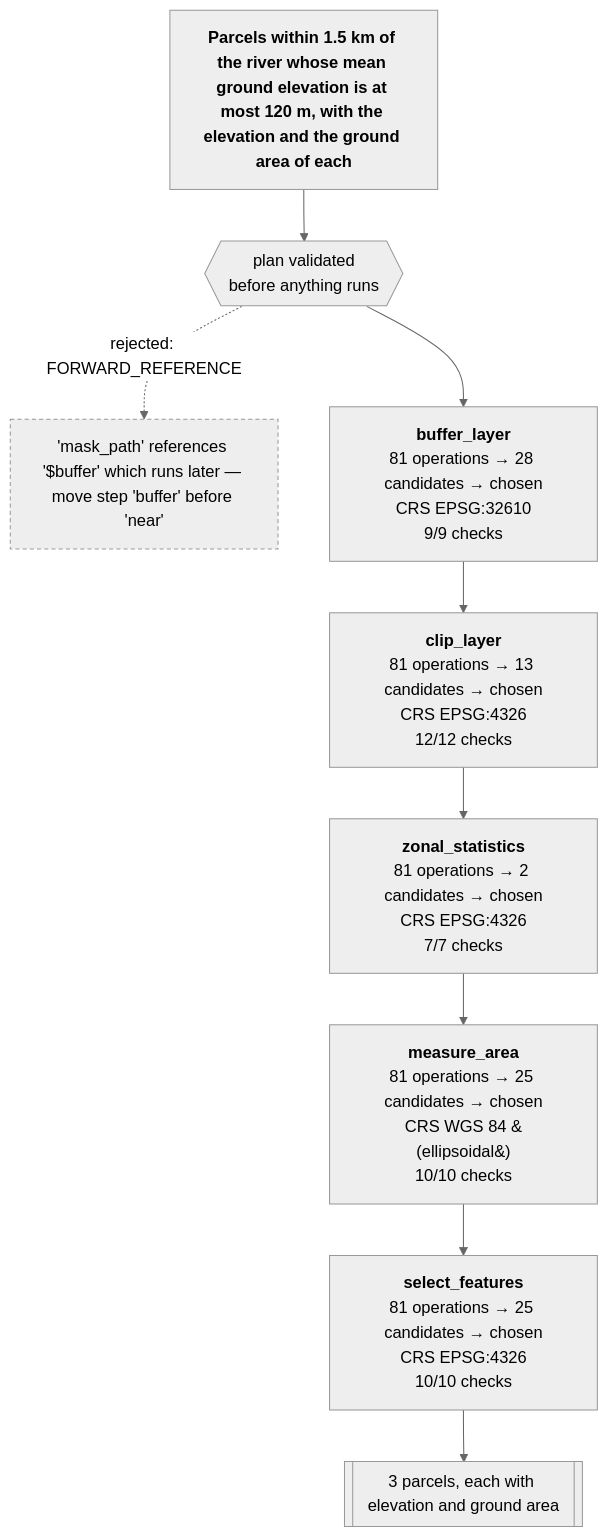
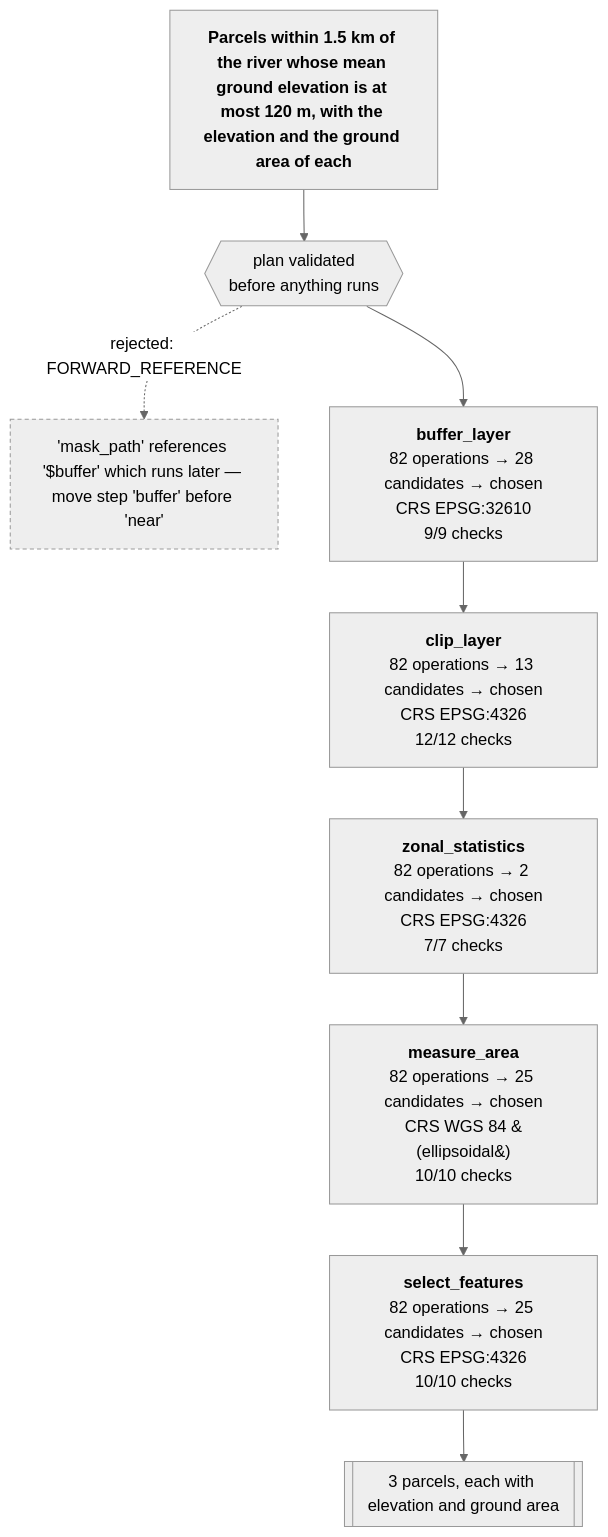
One commit to mapsmith-ai/MapSmith changed the diagram in README.md. Above: the diagram before and after it, drawn with Mermaid (neutral theme). The commit also changed other lines of this file and 4 other files, not shown here.

````diff
--- a/README.md
+++ b/README.md
@@ -89,20 +89,20 @@
 ```mermaid
 flowchart TB
   ASK["<b>Parcels within 1.5 km of the river whose mean ground elevation is at most 120 m, with the elevation and the ground area of each</b>"]
   ASK --> PLAN{{"plan validated<br/>before anything runs"}}
   PLAN -. "rejected: FORWARD_REFERENCE" .-> BAD["'mask_path' references '$buffer' which runs later — move step 'buffer' before 'near'"]
   BAD:::bad
-  BUFFER["<b>buffer_layer</b><br/>81 operations &rarr; 28 candidates &rarr; chosen<br/>CRS EPSG:32610<br/>9/9 checks"]
+  BUFFER["<b>buffer_layer</b><br/>82 operations &rarr; 28 candidates &rarr; chosen<br/>CRS EPSG:32610<br/>9/9 checks"]
   PLAN --> BUFFER
-  NEAR["<b>clip_layer</b><br/>81 operations &rarr; 13 candidates &rarr; chosen<br/>CRS EPSG:4326<br/>12/12 checks"]
+  NEAR["<b>clip_layer</b><br/>82 operations &rarr; 13 candidates &rarr; chosen<br/>CRS EPSG:4326<br/>12/12 checks"]
   BUFFER --> NEAR
-  HEIGHT["<b>zonal_statistics</b><br/>81 operations &rarr; 2 candidates &rarr; chosen<br/>CRS EPSG:4326<br/>7/7 checks"]
+  HEIGHT["<b>zonal_statistics</b><br/>82 operations &rarr; 2 candidates &rarr; chosen<br/>CRS EPSG:4326<br/>7/7 checks"]
   NEAR --> HEIGHT
-  AREA["<b>measure_area</b><br/>81 operations &rarr; 25 candidates &rarr; chosen<br/>CRS WGS 84 &#40;ellipsoidal&#41;<br/>10/10 checks"]
+  AREA["<b>measure_area</b><br/>82 operations &rarr; 25 candidates &rarr; chosen<br/>CRS WGS 84 &#40;ellipsoidal&#41;<br/>10/10 checks"]
   HEIGHT --> AREA
-  FILTER["<b>select_features</b><br/>81 operations &rarr; 25 candidates &rarr; chosen<br/>CRS EPSG:4326<br/>10/10 checks"]
+  FILTER["<b>select_features</b><br/>82 operations &rarr; 25 candidates &rarr; chosen<br/>CRS EPSG:4326<br/>10/10 checks"]
   AREA --> FILTER
   OUT[["3 parcels, each with elevation and ground area"]]
   FILTER --> OUT
   classDef bad stroke-dasharray: 4 3
 ```
````
